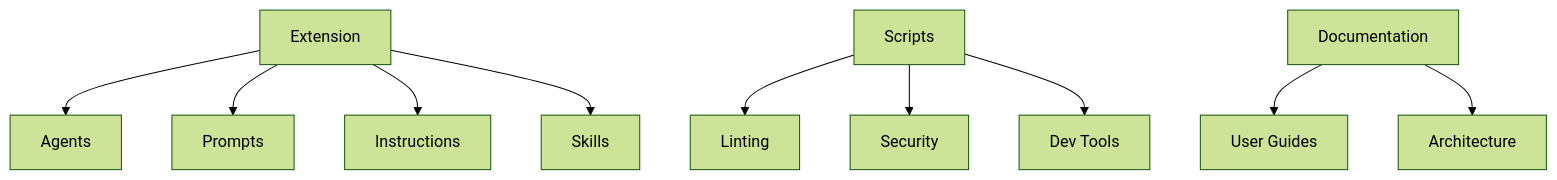
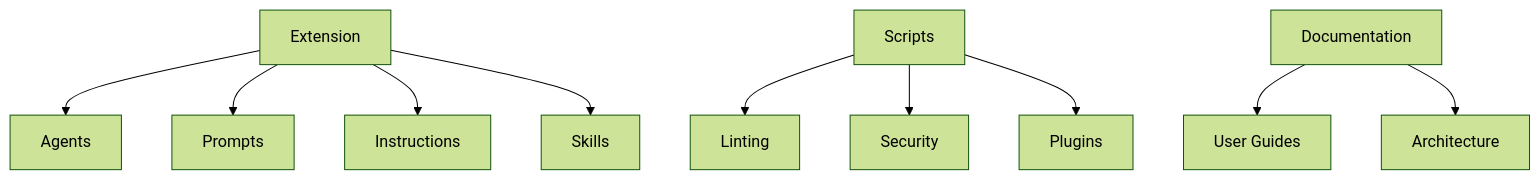
Before and after one commit to microsoft/hve-core: the diagram in docs/architecture/README.md, drawn with Mermaid (forest theme). The commit also changed other lines of this file and 4 other files, not shown here.

````diff
--- a/docs/architecture/README.md
+++ b/docs/architecture/README.md
@@ -15,12 +15,12 @@
 ```mermaid
 graph TD
     EXT[Extension] --> AGENTS[Agents]
     EXT --> PROMPTS[Prompts]
     EXT --> INSTRUCTIONS[Instructions]
     EXT --> SKILLS[Skills]
     SCRIPTS[Scripts] --> LINTING[Linting]
     SCRIPTS --> SECURITY[Security]
-    SCRIPTS --> DEVTOOLS[Dev Tools]
+    SCRIPTS --> PLUGINS[Plugins]
     DOCS[Documentation] --> GUIDES[User Guides]
     DOCS --> ARCH[Architecture]
 ```
````
